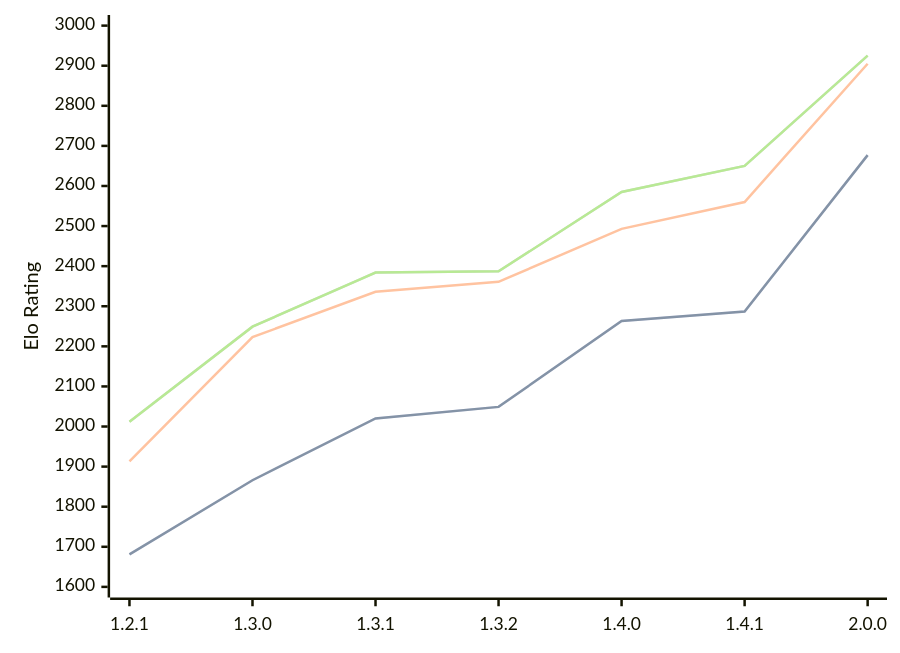
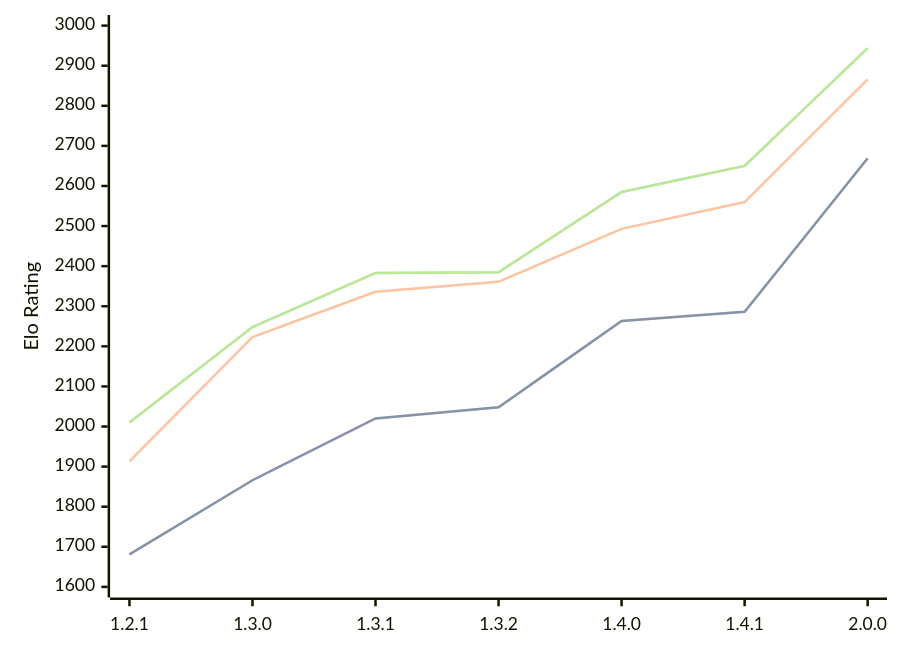
The diagram in engines/Chal.md (computer-chess-index/cci), drawn with Mermaid before and after one commit. The commit also changed other lines of this file, not shown here.

Commit message:
Update CCI Ratings (ELO VLTC) - 2026-09-11

````diff
--- a/engines/Chal.md
+++ b/engines/Chal.md
@@ -37,11 +37,11 @@
 ```mermaid
 %%{init: {"theme":"base","themeVariables":{"seriesColors:['#a3a3a3','#222221','#faa371']}}}%%
 xychart-beta
   x-axis ["1.2.1", "1.3.0", "1.3.1", "1.3.2", "1.4.0", "1.4.1", "2.0.0"]
   y-axis "Elo Rating" 1600 --> 3000
-  line "" [1681, 1866, 2020, 2049, 2263, 2287, 2677]
-  line "STC (8.0+0.08s)" [1681, 1866, 2020, 2049, 2263, 2287, 2677]
-  line "LTC (60.0+0.60s)" [1913, 2223, 2336, 2361, 2493, 2560, 2905]
-  line "" [2012, 2249, 2384, 2387, 2585, 2650, 2925]
-  line "VLTC (2m24s+1.12s)" [2012, 2249, 2384, 2387, 2585, 2650, 2925]
+  line "" [1681, 1866, 2020, 2048, 2263, 2286, 2669]
+  line "STC (8.0+0.08s)" [1681, 1866, 2020, 2048, 2263, 2286, 2669]
+  line "LTC (60.0+0.60s)" [1913, 2223, 2336, 2361, 2493, 2560, 2866]
+  line "" [2010, 2248, 2383, 2385, 2585, 2650, 2944]
+  line "VLTC (2m24s+1.12s)" [2010, 2248, 2383, 2385, 2585, 2650, 2944]
 ```
````
